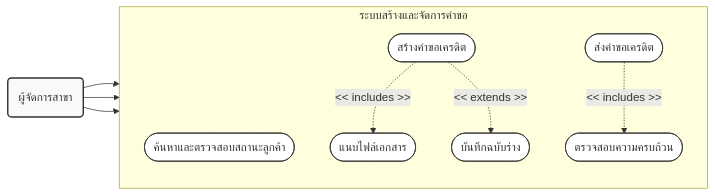
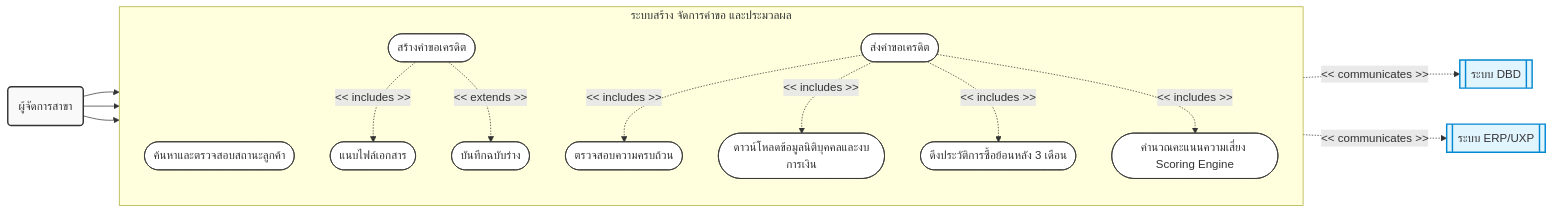
Before and after one commit to JinnawatJid/iNsightDocs: the third of 6 diagrams in docs/presentations/use_case_diagram.md, drawn with Mermaid. The commit also changed other lines of this file, not shown here.

````diff
--- a/docs/presentations/use_case_diagram.md
+++ b/docs/presentations/use_case_diagram.md
@@ -113,25 +117,39 @@
 ```mermaid
 flowchart LR
     classDef actorStyle fill:#f9f9f9,stroke:#333,stroke-width:2px;
+    classDef systemStyle fill:#e1f5fe,stroke:#0288d1,stroke-width:2px;
     classDef useCaseStyle fill:#fff,stroke:#333,stroke-width:1px;
 
     BM(ผู้จัดการสาขา):::actorStyle
+    DBD[[ระบบ DBD]]:::systemStyle
+    ERP[[ระบบ ERP/UXP]]:::systemStyle
 
-    subgraph ReqSystem [ระบบสร้างและจัดการคำขอ]
+    subgraph ReqSystem [ระบบสร้าง จัดการคำขอ และประมวลผล]
         direction TB
         UC1([ค้นหาและตรวจสอบสถานะลูกค้า]):::useCaseStyle
         UC2([สร้างคำขอเครดิต]):::useCaseStyle
         UC3([แนบไฟล์เอกสาร]):::useCaseStyle
         UC4([บันทึกฉบับร่าง]):::useCaseStyle
         UC5([ส่งคำขอเครดิต]):::useCaseStyle
         UC6([ตรวจสอบความครบถ้วน]):::useCaseStyle
+        UC7([ดาวน์โหลดข้อมูลนิติบุคคลและงบการเงิน]):::useCaseStyle
+        UC8([ดึงประวัติการซื้อย้อนหลัง 3 เดือน]):::useCaseStyle
+        UC9([คำนวณคะแนนความเสี่ยง Scoring Engine]):::useCaseStyle
     end
 
     BM --> UC1
     BM --> UC2
     BM --> UC5
 
     UC2 -. "<< includes >>" .-> UC3
     UC2 -. "<< extends >>" .-> UC4
+
+    %% Automated process triggered by submission
     UC5 -. "<< includes >>" .-> UC6
+    UC5 -. "<< includes >>" .-> UC7
+    UC5 -. "<< includes >>" .-> UC8
+    UC5 -. "<< includes >>" .-> UC9
+
+    UC7 -. "<< communicates >>" .-> DBD
+    UC8 -. "<< communicates >>" .-> ERP
 ```
````
